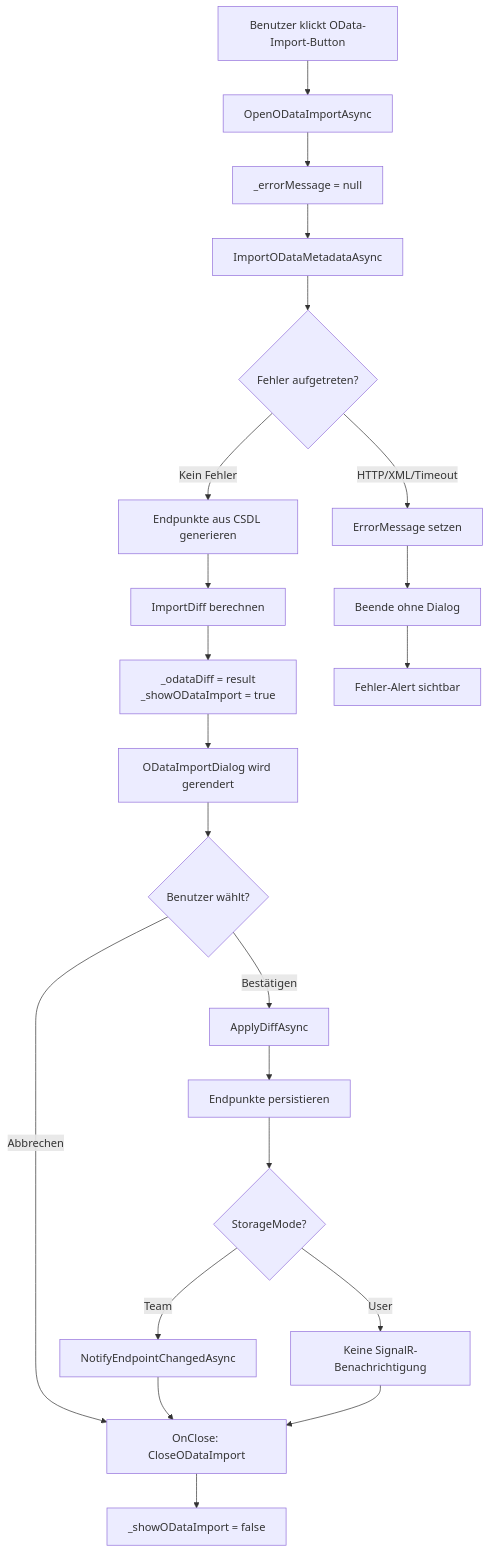
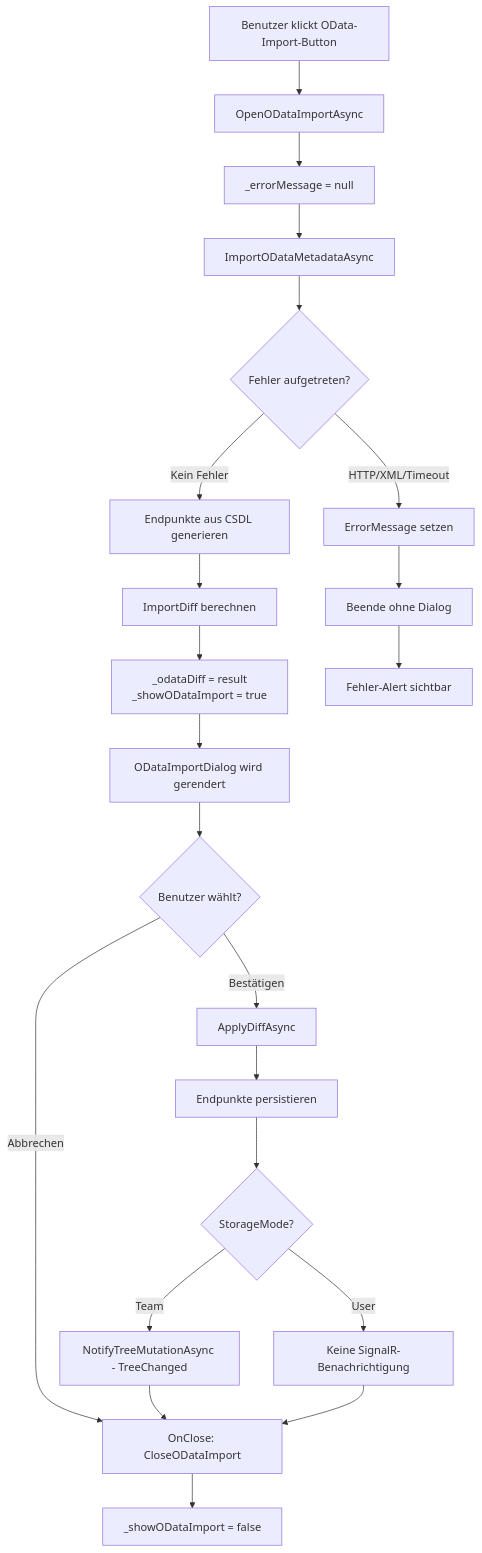
The fifth of 5 diagrams in docs/help/anwendungen/ablauf-technisch.md (martin-stromberg/Schnittstellenzentrale), drawn with Mermaid before and after one commit. The commit also changed other lines of this file and 36 other files, not shown here.

````diff
--- a/docs/help/anwendungen/ablauf-technisch.md
+++ b/docs/help/anwendungen/ablauf-technisch.md
@@ -594,24 +594,24 @@
 ```mermaid
 flowchart TD
     A[Benutzer klickt OData-Import-Button] --> B[OpenODataImportAsync]
     B --> C[_errorMessage = null]
     C --> D[ImportODataMetadataAsync]
     D --> E{Fehler aufgetreten?}
     E -- HTTP/XML/Timeout --> F[ErrorMessage setzen]
     F --> G[Beende ohne Dialog]
     E -- Kein Fehler --> H[Endpunkte aus CSDL generieren]
     H --> I[ImportDiff berechnen]
     I --> J[_odataDiff = result\n_showODataImport = true]
     J --> K[ODataImportDialog wird gerendert]
     K --> L{Benutzer wählt?}
     L -- Abbrechen --> M[OnClose: CloseODataImport]
     L -- Bestätigen --> N[ApplyDiffAsync]
     N --> O[Endpunkte persistieren]
     O --> P{StorageMode?}
-    P -- Team --> Q[NotifyEndpointChangedAsync]
+    P -- Team --> Q[NotifyTreeMutationAsync - TreeChanged]
     P -- User --> R[Keine SignalR-Benachrichtigung]
     Q --> M
     R --> M
     M --> S[_showODataImport = false]
     G --> T[Fehler-Alert sichtbar]
 ```
````
